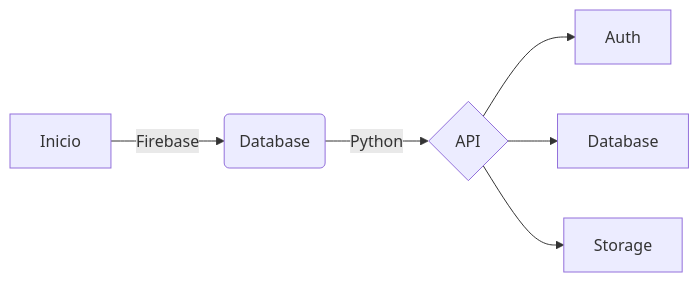
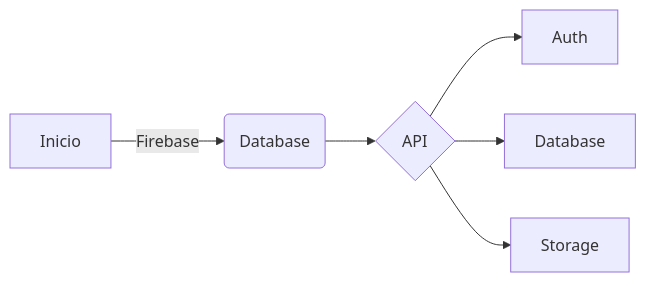
Before and after one commit to SauloCandeira/pattern-firebase: the diagram in readme.md, drawn with Mermaid.

````diff
--- a/readme.md
+++ b/readme.md
@@ -13,8 +13,8 @@
 ```mermaid
 flowchart LR
 A[Inicio] -->|Firebase| B(Database)
-B --> |Python| C{API}
+B --> C{API}
 C --> D[Auth]
 C --> E[Database]
 C --> F[Storage]
 ```
````
